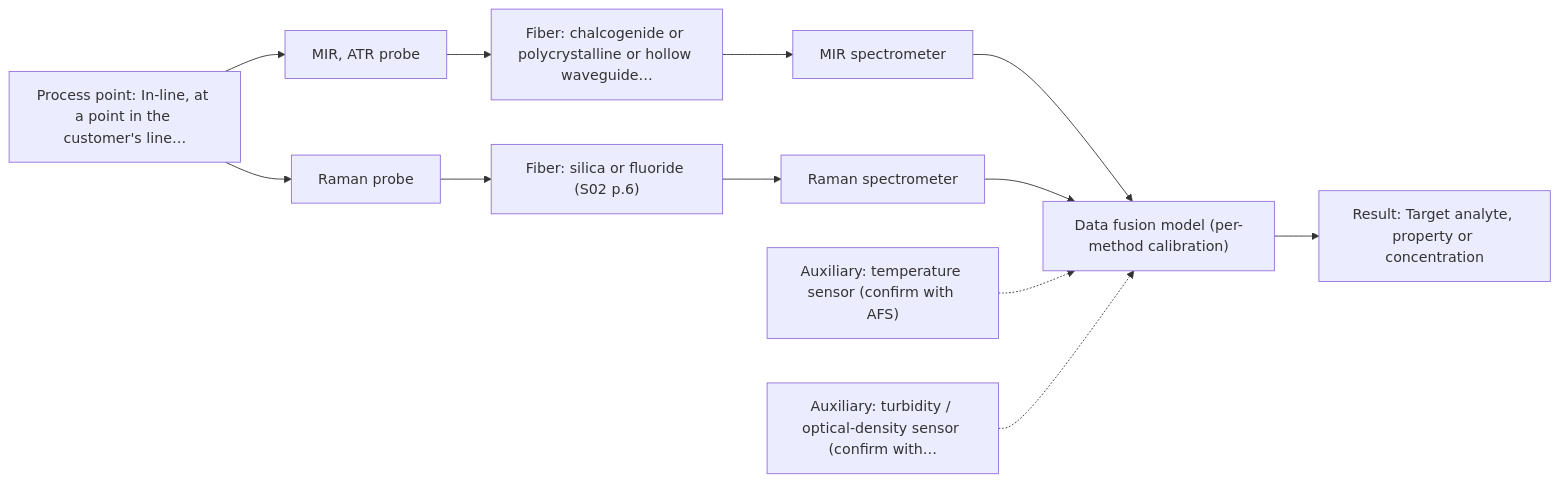
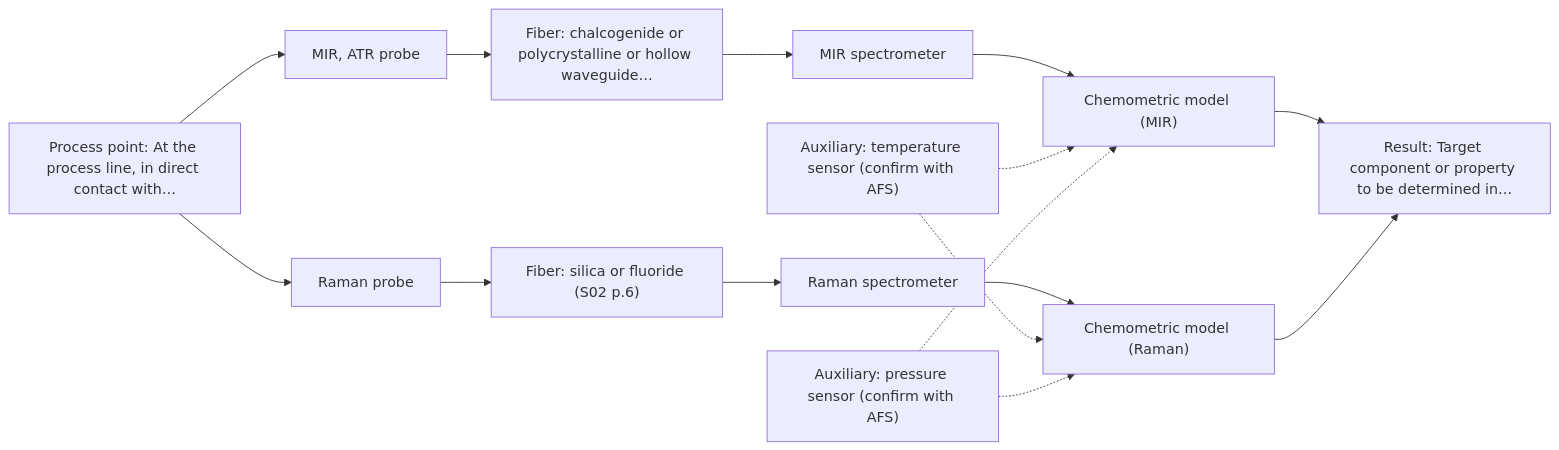
One commit to sleipnir029/Afs-Spectroscopy-Assistant changed the diagram in outputs/adversarial/A06.md. Above: the diagram before and after it, drawn with Mermaid. The commit also changed other lines of this file and 7 other files, not shown here.

````diff
--- a/outputs/adversarial/A06.md
+++ b/outputs/adversarial/A06.md
@@ -88,25 +37,29 @@
 ```mermaid
 flowchart LR
-    proc["Process point: In-line, at a point in the customer's line…"]
+    proc["Process point: At the process line, in direct contact with…"]
     probe1["MIR, ATR probe"]
     fiber1["Fiber: chalcogenide or polycrystalline or hollow waveguide…"]
     spec1["MIR spectrometer"]
+    model1["Chemometric model (MIR)"]
     probe2["Raman probe"]
     fiber2["Fiber: silica or fluoride (S02 p.6)"]
     spec2["Raman spectrometer"]
-    model["Data fusion model (per-method calibration)"]
-    result["Result: Target analyte, property or concentration"]
+    model2["Chemometric model (Raman)"]
+    result["Result: Target component or property to be determined in…"]
     aux1["Auxiliary: temperature sensor (confirm with AFS)"]
-    aux2["Auxiliary: turbidity / optical-density sensor (confirm with…"]
+    aux2["Auxiliary: pressure sensor (confirm with AFS)"]
     proc --> probe1
     probe1 --> fiber1
     fiber1 --> spec1
-    spec1 --> model
+    spec1 --> model1
     proc --> probe2
     probe2 --> fiber2
     fiber2 --> spec2
-    spec2 --> model
-    model --> result
-    aux1 -.-> model
-    aux2 -.-> model
+    spec2 --> model2
+    model1 --> result
+    model2 --> result
+    aux1 -.-> model1
+    aux1 -.-> model2
+    aux2 -.-> model1
+    aux2 -.-> model2
 ```
````
